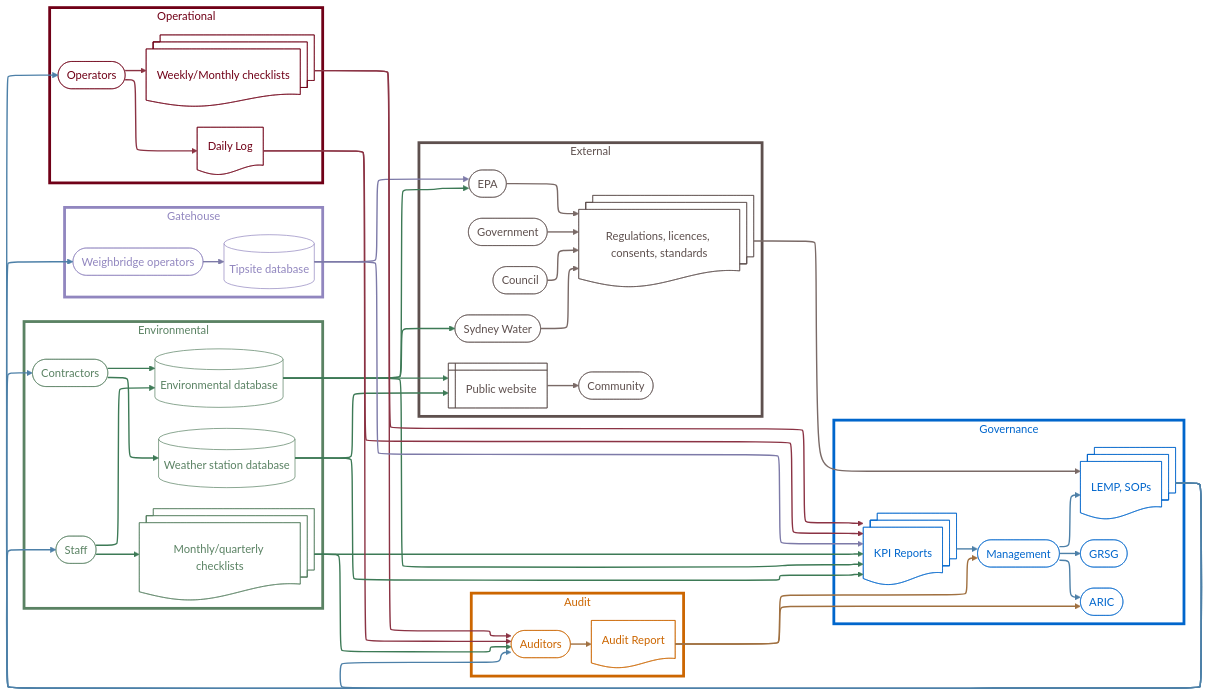
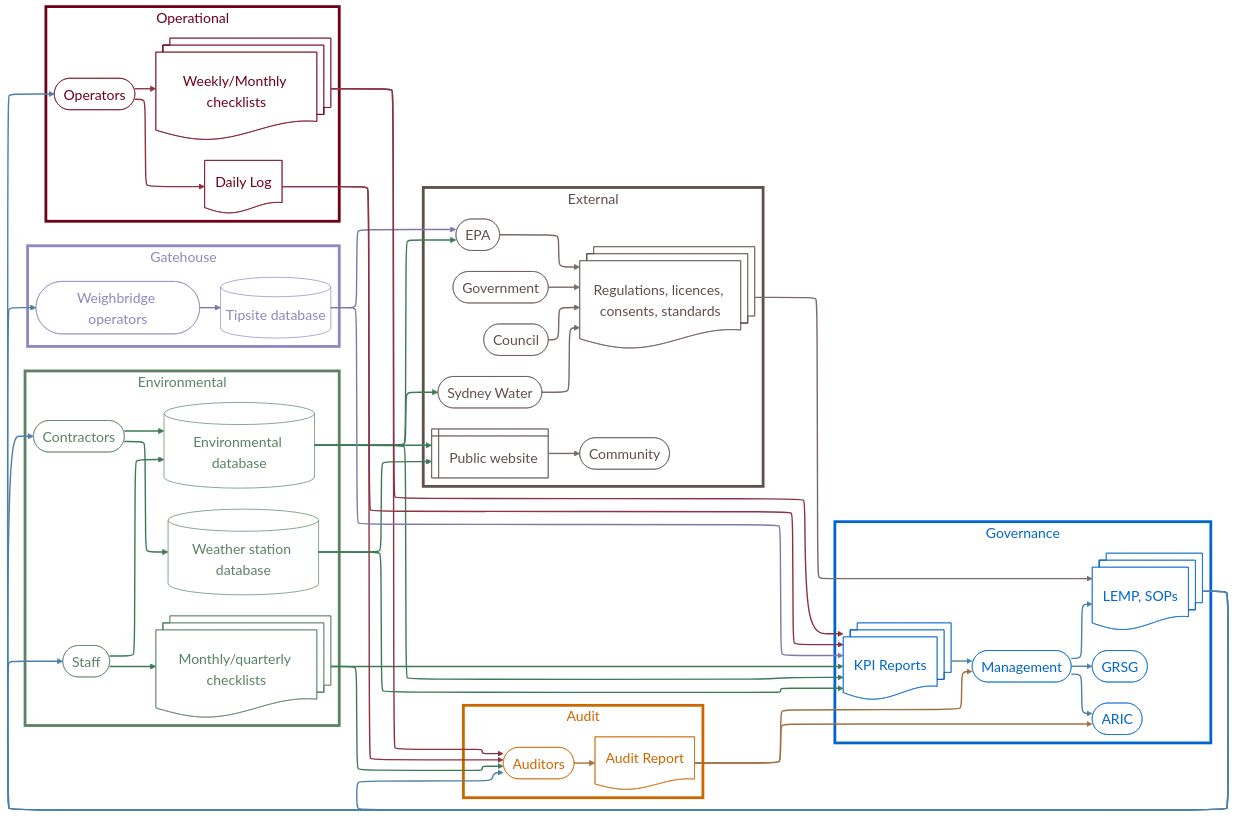
One commit to vorpalvorpal/mermaid2drawML changed the diagram in examples/documents.mermaid. Above: the diagram before and after it, drawn with Mermaid. The commit also changed 4 other files, not shown here.

First line of the commit message:
Set Myriad Pro 20px font in documents.mermaid; fix font-size floor

```diff
--- a/examples/documents.mermaid
+++ b/examples/documents.mermaid
@@ -1,113 +1,120 @@
-%%{init: {'flowchart': {'defaultRenderer': 'elk'}, 'elk': {'mergeEdges': true, 'nodePlacementStrategy': 'BRANDES_KOEPF'}}}%%
+%%{init: {
+  'flowchart': {'defaultRenderer': 'elk'},
+  'elk': {'mergeEdges': true, 'nodePlacementStrategy': 'BRANDES_KOEPF'},
+  'themeVariables': {
+    'fontFamily': 'Myriad Pro',
+    'fontSize': '20px'
+  }
+}}%%
 flowchart LR
     subgraph ENV["Environmental"]
         Contractors(["Contractors"])
         EnvSiteStaff(["Staff"])
         WeatherDB[("Weather station database")]
         EnvDB[("Environmental database")]
         EnvChecklist@{ shape: docs, label: "Monthly/quarterly checklists"}
         Contractors --> WeatherDB
         EnvSiteStaff --> EnvDB
         Contractors --> EnvDB
         EnvSiteStaff --> EnvChecklist
     end
 
     subgraph GATE["Gatehouse"]
         GateSiteStaff(["Weighbridge operators"])
         TipsiteDB[("Tipsite database")]
         GateSiteStaff --> TipsiteDB
     end
 
     subgraph OPS["Operational"]
         OpsChecklist@{ shape: docs, label: "Weekly/Monthly checklists"}
         DailyLog@{ shape: doc, label: "Daily Log"}
         OpsSiteStaff(["Operators"])
         OpsSiteStaff --> DailyLog
         OpsSiteStaff --> OpsChecklist
     end
 
     subgraph MANG["Governance"]
         AutoReports@{ shape: docs, label: "KPI Reports"}
         Management(["Management"])
         GRSG(["GRSG"])
         ARIC(["ARIC"])
         SOPs@{ shape: docs, label: "LEMP, SOPs"}
         Management --> SOPs
         Management --> GRSG
         Management --> ARIC
     end
 
     subgraph AUD["Audit"]
         Auditors(["Auditors"])
         AuditReport@{ shape: doc, label: "Audit Report"}
         Auditors --> AuditReport
     end
 
     subgraph REG["External"]
         EPA(["EPA"])
         SW(["Sydney Water"])
         Council(["Council"])
         Government(["Government"])
         Regs@{ shape: docs, label: "Regulations, licences, consents, standards" }
         Web@{ shape: win-pane, label: "Public website"}
         Community(["Community"])
         EnvDB --> Web
         WeatherDB --> Web
         Web --> Community
         
         Government --> Regs
         EPA --> Regs
         SW --> Regs
         Council --> Regs
     end
 
     EnvDB --> EPA
     EnvDB --> SW
     TipsiteDB --> EPA
     Regs --> SOPs
 
     EnvChecklist --> AutoReports
     EnvDB --> AutoReports
     OpsChecklist --> AutoReports
     DailyLog --> Auditors
     OpsChecklist --> Auditors
     DailyLog --> AutoReports
     WeatherDB --> AutoReports
     TipsiteDB --> AutoReports
     AuditReport --> Management
     AutoReports --> Management
     EnvChecklist --> Auditors
     AuditReport --> ARIC
     SOPs --> OpsSiteStaff
     SOPs --> Auditors
     SOPs --> EnvSiteStaff
     SOPs --> Contractors
     SOPs --> GateSiteStaff
 
     classDef green  fill:none,stroke:#5A8263,color:#5A8263
     classDef red    fill:none,stroke:#700017,color:#700017
     classDef purple fill:none,stroke:#9186BF,color:#9186BF
     classDef orange fill:none,stroke:#cc6600,color:#cc6600
     classDef blue   fill:none,stroke:#0066cc,color:#0066cc
     classDef canyon fill:none,stroke:#5E504E,color:#5E504E
 
     class Contractors,EnvSiteStaff,WeatherDB,EnvDB,EnvChecklist green
     class OpsSiteStaff,OpsChecklist,DailyLog red
     class GateSiteStaff,TipsiteDB purple
     class Auditors,AuditReport orange
     class Management,GRSG,ARIC,AutoReports,SOPs blue
     class EPA,SW,Council,Government,Regs,Web,Community canyon
 
     style ENV  fill:none,stroke:#5A8263,color:#5A8263,stroke-width:4px
     style OPS  fill:none,stroke:#700017,color:#700017,stroke-width:4px
     style GATE fill:none,stroke:#9186BF,color:#9186BF,stroke-width:4px
     style AUD  fill:none,stroke:#cc6600,color:#cc6600,stroke-width:4px
     style MANG fill:none,stroke:#0066cc,color:#0066cc,stroke-width:4px
     style REG  fill:none,stroke:#5E504E,color:#5E504E,stroke-width:4px
 
     linkStyle 0,1,2,3,11,12,18,19,22,23,28,32    stroke:#3d7a56,stroke-width:2px
     linkStyle 5,6,24,25,26,27                     stroke:#8B3344,stroke-width:2px
     linkStyle 4,20,29                             stroke:#7d7aa8,stroke-width:2px
     linkStyle 10,30,33                            stroke:#a07040,stroke-width:2px
     linkStyle 7,8,9,31,34,35,36,37,38            stroke:#4d80a8,stroke-width:2px
     linkStyle 13,14,15,16,17,21                  stroke:#7a6a67,stroke-width:2px
```
